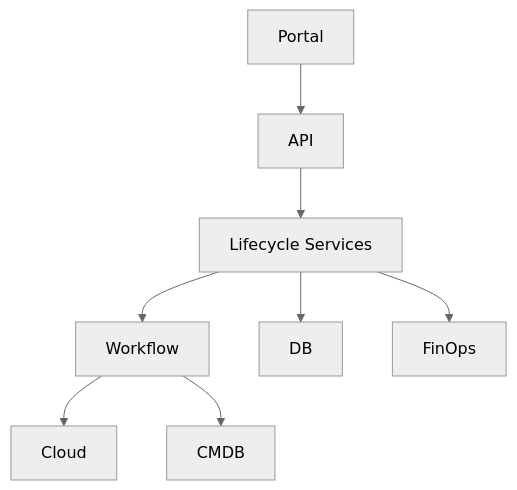
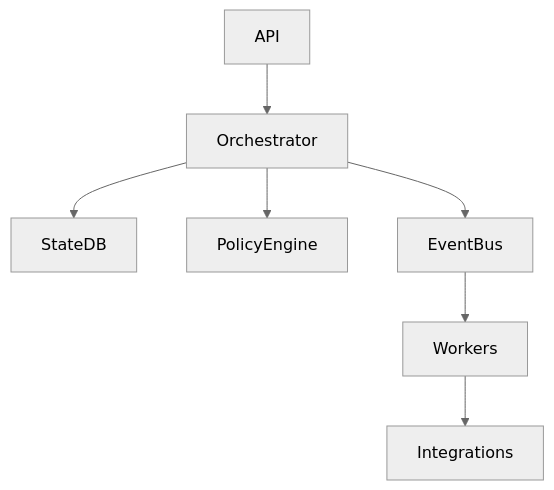
One commit to 0Ankit0/Project-Ideas changed the diagram in Resource Lifecycle Management Platform/high-level-design/architecture-diagram.md. Above: the diagram before and after it, drawn with Mermaid (neutral theme). The commit also changed other lines of this file and 37 other files, not shown here.

````diff
--- a/Resource Lifecycle Management Platform/high-level-design/architecture-diagram.md
+++ b/Resource Lifecycle Management Platform/high-level-design/architecture-diagram.md
@@ -3,10 +34,7 @@
 ```mermaid
 flowchart TB
-  Portal --> API
-  API --> Core[Lifecycle Services]
-  Core --> Workflow
-  Core --> DB
-  Workflow --> Cloud
-  Workflow --> CMDB
-  Core --> FinOps
+  API --> Orchestrator --> StateDB
+  Orchestrator --> PolicyEngine
+  Orchestrator --> EventBus
+  EventBus --> Workers --> Integrations
 ```
````
